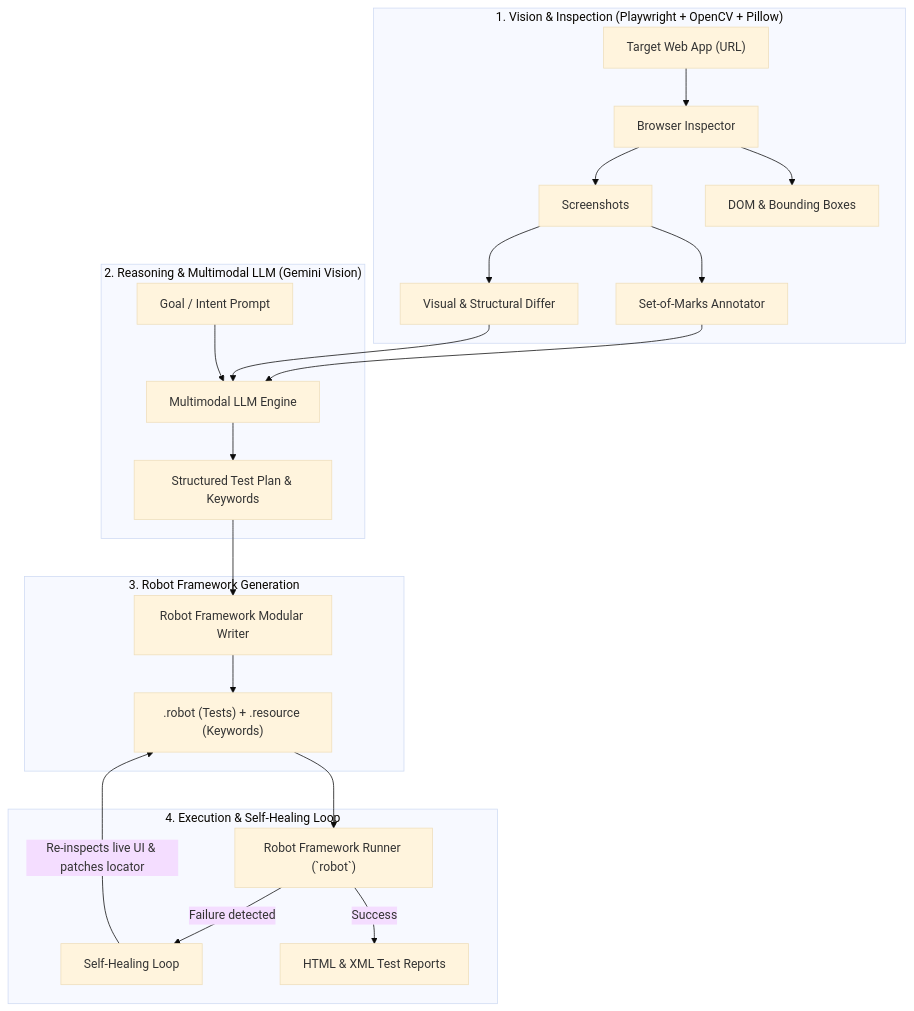
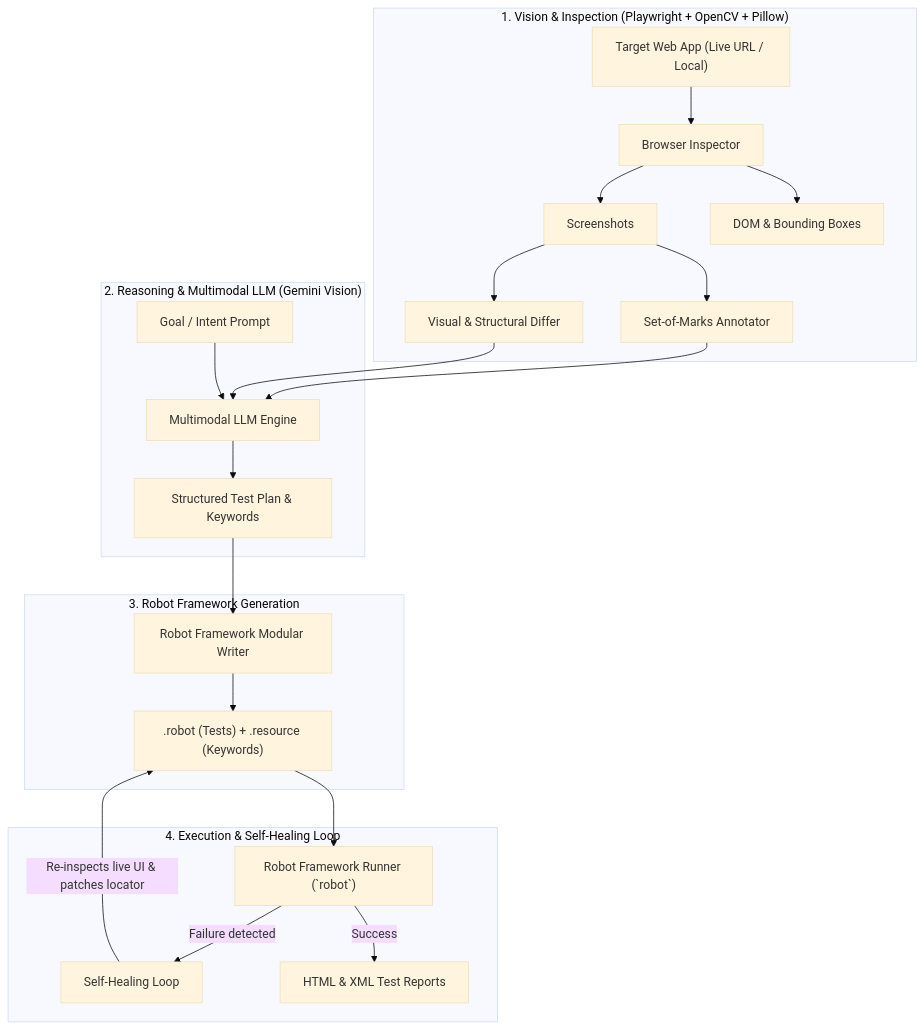
The diagram in README.md (marcoswferreira/test-automation-agent), drawn with Mermaid (base theme) before and after one commit. The commit also changed other lines of this file and 2 other files, not shown here.

````diff
--- a/README.md
+++ b/README.md
@@ -16,29 +16,29 @@
 ```mermaid
 flowchart TD
     subgraph Vision ["1. Vision & Inspection (Playwright + OpenCV + Pillow)"]
-        Page["Target Web App (URL)"] --> Inspector["Browser Inspector"]
+        Page["Target Web App (Live URL / Local)"] --> Inspector["Browser Inspector"]
         Inspector --> Screenshots["Screenshots"]
         Inspector --> DOM["DOM & Bounding Boxes"]
         Screenshots --> SoM["Set-of-Marks Annotator"]
         Screenshots --> Differ["Visual & Structural Differ"]
     end
 
     subgraph LLM ["2. Reasoning & Multimodal LLM (Gemini Vision)"]
         SoM --> LLMClient["Multimodal LLM Engine"]
         Differ --> LLMClient
         UserIntent["Goal / Intent Prompt"] --> LLMClient
         LLMClient --> StructuredPlan["Structured Test Plan & Keywords"]
     end
 
     subgraph Generation ["3. Robot Framework Generation"]
         StructuredPlan --> RobotWriter["Robot Framework Modular Writer"]
         RobotWriter --> RobotFiles[".robot (Tests) + .resource (Keywords)"]
     end
 
     subgraph Execution ["4. Execution & Self-Healing Loop"]
         RobotFiles --> Runner["Robot Framework Runner (`robot`)"]
         Runner -->|Failure detected| Healer["Self-Healing Loop"]
         Healer -->|Re-inspects live UI & patches locator| RobotFiles
         Runner -->|Success| Reports["HTML & XML Test Reports"]
     end
 ```
````
